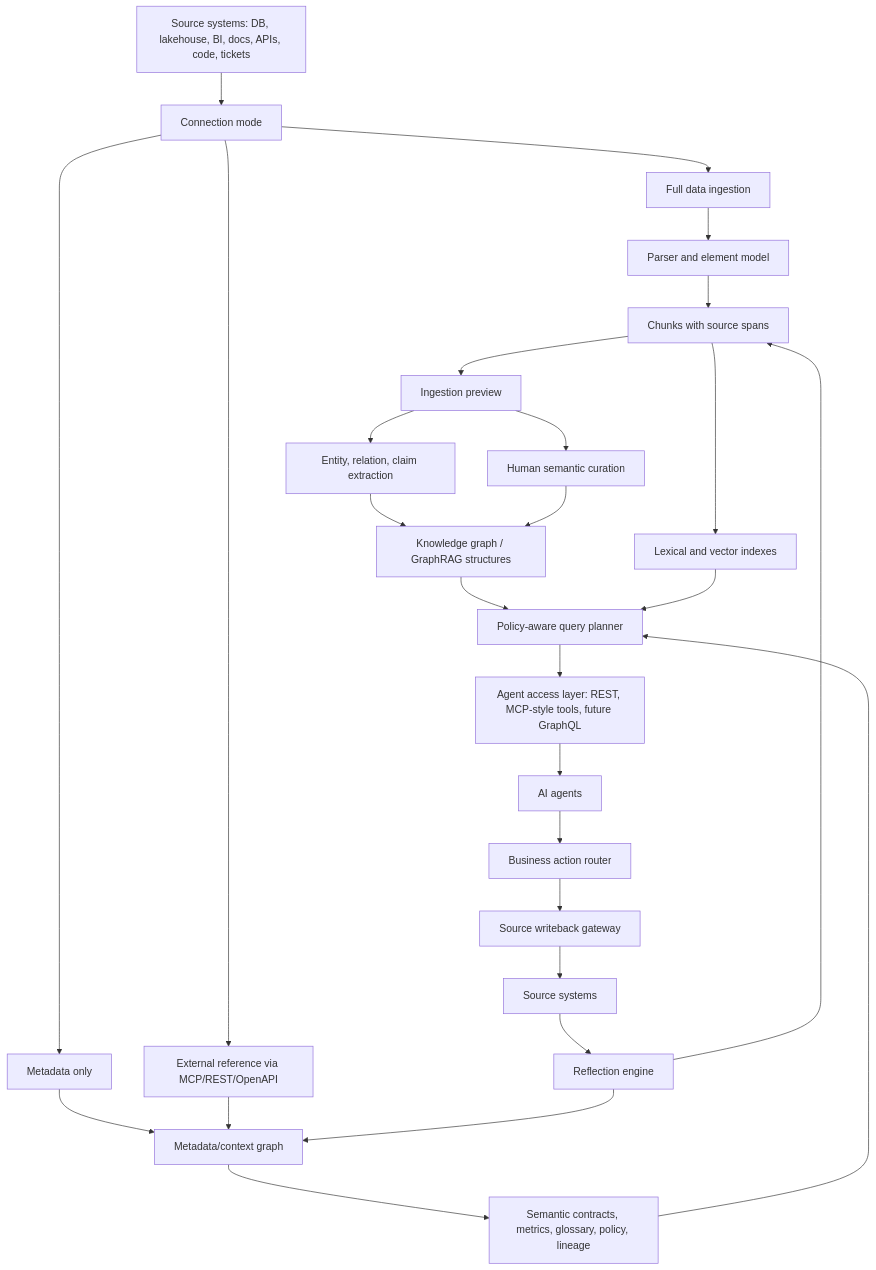
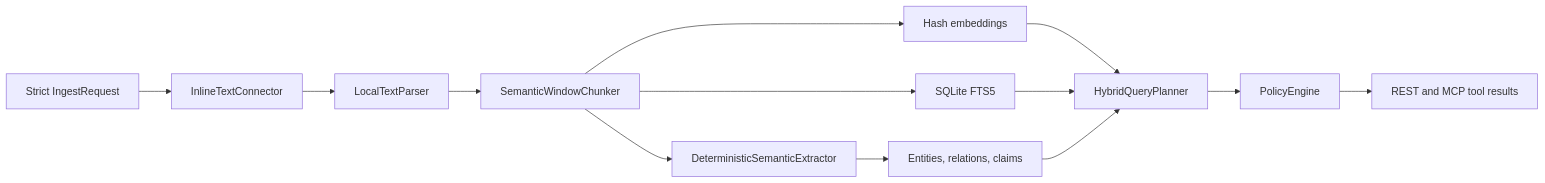
The second of 3 diagrams in docs/architecture.md (aantenore/semantic-junkyard), drawn with Mermaid before and after one commit. The commit also changed other lines of this file and 68 other files, not shown here.

````diff
--- a/docs/architecture.md
+++ b/docs/architecture.md
@@ -7,29 +37,15 @@
 ```mermaid
-flowchart TB
-  A["Source systems: DB, lakehouse, BI, docs, APIs, code, tickets"] --> B["Connection mode"]
-  B --> B1["Full data ingestion"]
-  B --> B2["Metadata only"]
-  B --> B3["External reference via MCP/REST/OpenAPI"]
-  B1 --> C["Parser and element model"]
-  B2 --> D["Metadata/context graph"]
-  B3 --> D
-  C --> E["Chunks with source spans"]
-  E --> P["Ingestion preview"]
-  P --> F["Entity, relation, claim extraction"]
-  P --> Q["Human semantic curation"]
-  D --> G["Semantic contracts, metrics, glossary, policy, lineage"]
-  F --> H["Knowledge graph / GraphRAG structures"]
-  Q --> H
-  E --> I["Lexical and vector indexes"]
-  G --> J["Policy-aware query planner"]
-  H --> J
-  I --> J
-  J --> K["Agent access layer: REST, MCP-style tools, future GraphQL"]
-  K --> L["AI agents"]
-  L --> M["Business action router"]
-  M --> N["Source writeback gateway"]
-  N --> O["Source systems"]
-  O --> R["Reflection engine"]
-  R --> D
-  R --> E
+flowchart LR
+  A["Strict IngestRequest"] --> B["InlineTextConnector"]
+  B --> C["LocalTextParser"]
+  C --> D["SemanticWindowChunker"]
+  D --> E["DeterministicSemanticExtractor"]
+  D --> F["Hash embeddings"]
+  D --> G["SQLite FTS5"]
+  E --> H["Entities, relations, claims"]
+  F --> I["HybridQueryPlanner"]
+  G --> I
+  H --> I
+  I --> J["PolicyEngine"]
+  J --> K["REST and MCP tool results"]
 ```
````
